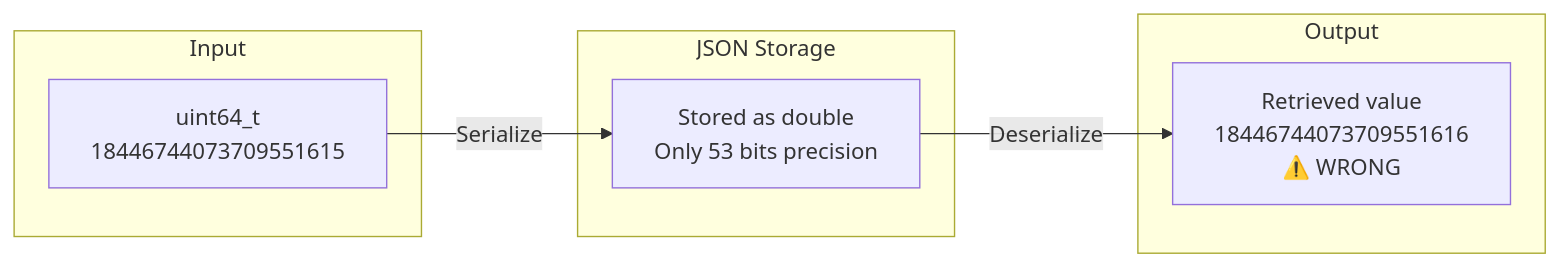
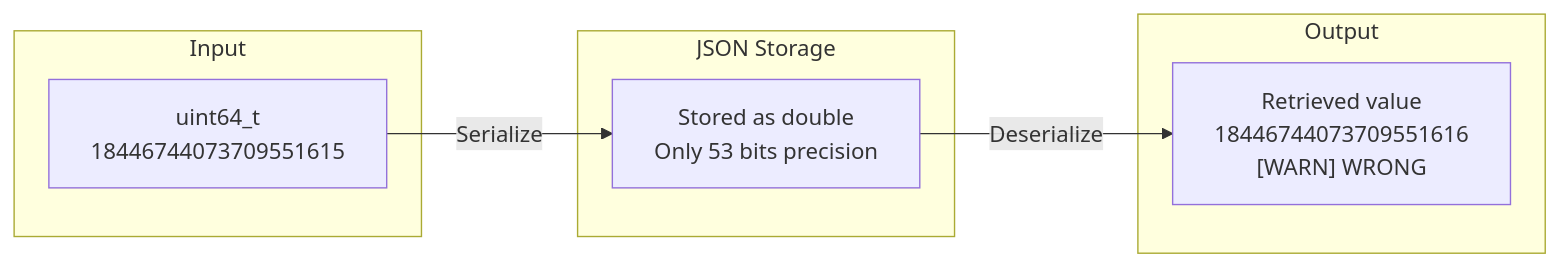
The third of 4 diagrams in Documentation/IN WORK/Serialization/JsonLite_User_Manual.md (schroedermatthew/FatP), drawn with Mermaid before and after one commit. The commit also changed other lines of this file and 32 other files, not shown here.

````diff
--- a/Documentation/IN WORK/Serialization/JsonLite_User_Manual.md
+++ b/Documentation/IN WORK/Serialization/JsonLite_User_Manual.md
@@ -3420,17 +3420,17 @@
 ```mermaid
 flowchart LR
     subgraph Input
         A["uint64_t<br/>18446744073709551615"]
     end
     
     subgraph Storage["JSON Storage"]
         B["Stored as double<br/>Only 53 bits precision"]
     end
     
     subgraph Output
-        C["Retrieved value<br/>18446744073709551616<br/>⚠️ WRONG"]
+        C["Retrieved value<br/>18446744073709551616<br/>[WARN] WRONG"]
     end
     
     A -->|"Serialize"| B
     B -->|"Deserialize"| C
 ```
````
